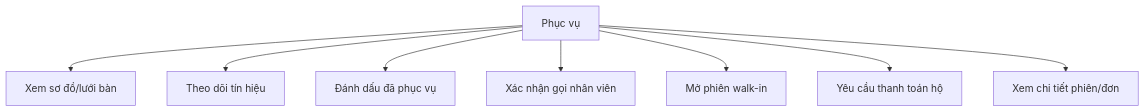
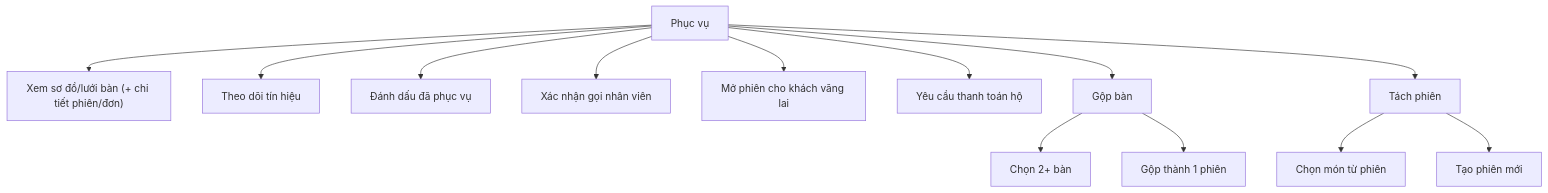
Before and after one commit to thanhhoa3514/restaurant-management: the fourth of 6 diagrams in docs/chuc-nang-theo-vai-tro.md, drawn with Mermaid. The commit also changed other lines of this file and 277 other files, not shown here.

````diff
--- a/docs/chuc-nang-theo-vai-tro.md
+++ b/docs/chuc-nang-theo-vai-tro.md
@@ -134,11 +137,16 @@
 ```mermaid
 graph TD
     PV["Phục vụ"]
-    PV --> c1["Xem sơ đồ/lưới bàn"]
+    PV --> c1["Xem sơ đồ/lưới bàn (+ chi tiết phiên/đơn)"]
     PV --> c2["Theo dõi tín hiệu"]
     PV --> c3["Đánh dấu đã phục vụ"]
     PV --> c4["Xác nhận gọi nhân viên"]
-    PV --> c5["Mở phiên walk-in"]
+    PV --> c5["Mở phiên cho khách vãng lai"]
     PV --> c6["Yêu cầu thanh toán hộ"]
-    PV --> c7["Xem chi tiết phiên/đơn"]
+    PV --> c7["Gộp bàn"]
+    PV --> c8["Tách phiên"]
+    c7 --> c7a["Chọn 2+ bàn"]
+    c7 --> c7b["Gộp thành 1 phiên"]
+    c8 --> c8a["Chọn món từ phiên"]
+    c8 --> c8b["Tạo phiên mới"]
 ```
````
